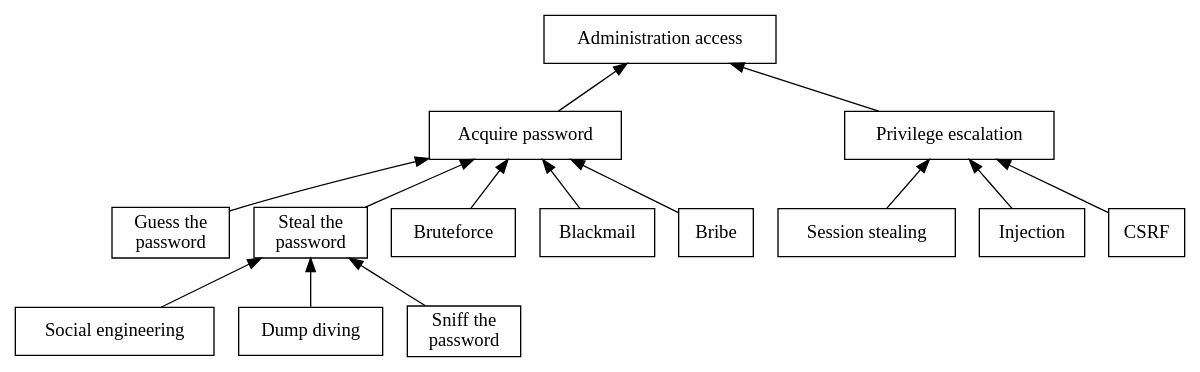
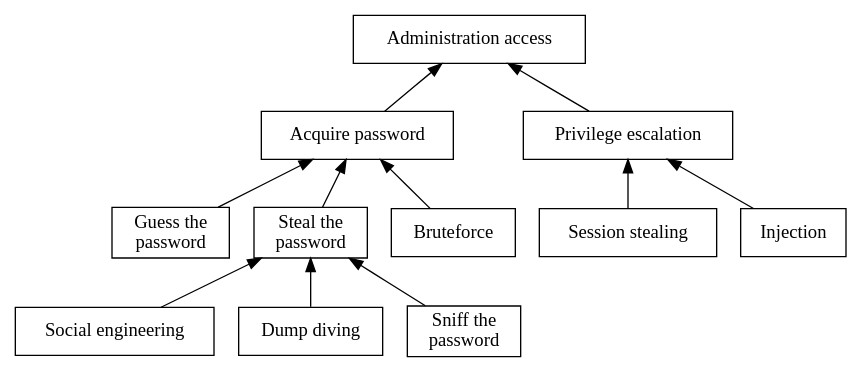
The diagram in presentation/slides/img/attack-tree-admin.dot (froland/semisecu), drawn with Graphviz before and after one commit. The commit also changed 6 other files, not shown here.

```diff
--- a/presentation/slides/img/attack-tree-admin.dot
+++ b/presentation/slides/img/attack-tree-admin.dot
@@ -1,20 +1,21 @@
 digraph AttackAdmin {
 	rankdir = TB
+	margin = 0
 	node [ shape = box ]
 	edge [ dir = back ]
 
 	Admin [ label = "Administration access" ]
 	Password [ label = "Acquire password" ]
 	Privilege [ label = "Privilege escalation" ]
 	Guess [ label = "Guess the\npassword" ]
 	Steal [ label = "Steal the\npassword" ]
 	SocialEngineering [ label = "Social engineering" ]
 	Garbage [ label = "Dump diving" ]
 	SessionStealing [ label = "Session stealing" ]
 	Sniff [ label = "Sniff the\npassword" ]
 
 	Admin -> { Password Privilege }
-	Password -> { Bruteforce Guess Steal Blackmail Bribe }
+	Password -> { Bruteforce Guess Steal }
 	Steal -> { SocialEngineering Garbage Sniff }
-	Privilege -> { Injection CSRF SessionStealing }
+	Privilege -> { Injection SessionStealing }
 }
```
